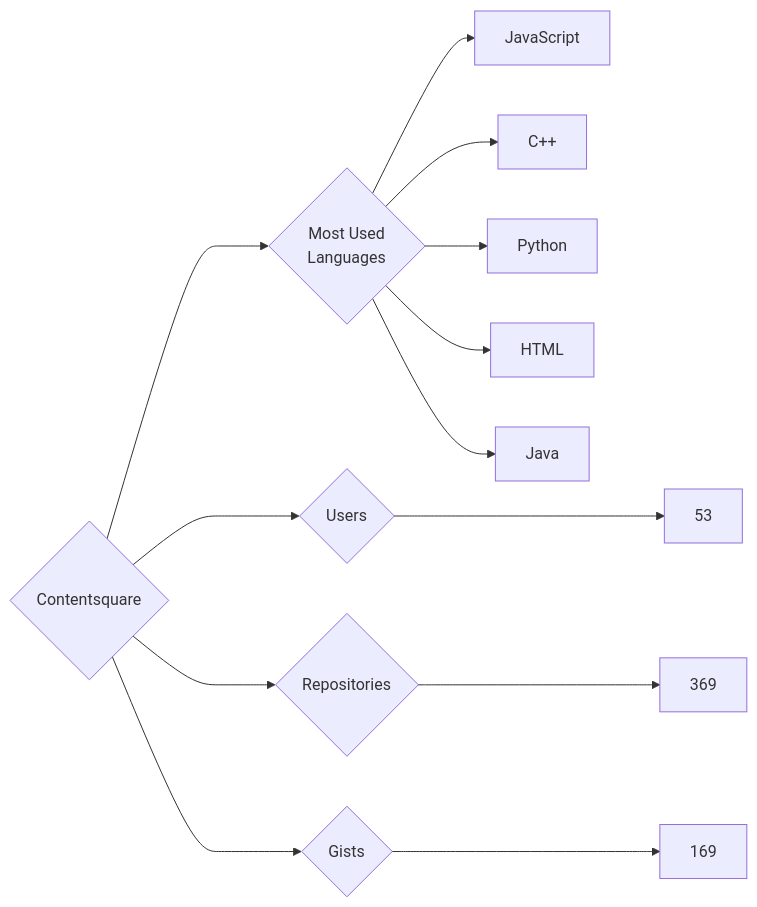
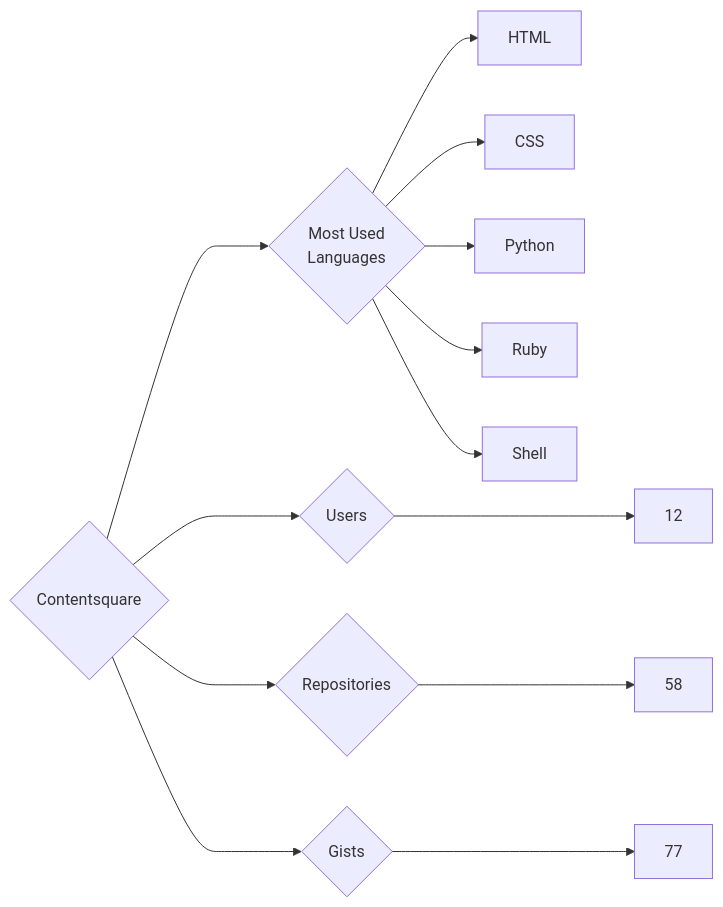
Before and after one commit to trickest/insiders: the diagram in targets/Contentsquare/README.md, drawn with Mermaid. The commit also changed 559 other files, not shown here.

````diff
--- a/targets/Contentsquare/README.md
+++ b/targets/Contentsquare/README.md
@@ -3,13 +3,13 @@
 ```mermaid
 graph LR
 COMPANY_NAME{Contentsquare}
-COMPANY_NAME ---> U{Users} ---> UN[53]
-COMPANY_NAME ---> R{Repositories} ---> RN[369]
-COMPANY_NAME ---> G{Gists} ---> GN[169]
+COMPANY_NAME ---> U{Users} ---> UN[12]
+COMPANY_NAME ---> R{Repositories} ---> RN[58]
+COMPANY_NAME ---> G{Gists} ---> GN[77]
 COMPANY_NAME ---> ML{Most Used<br>Languages}
-ML --> JavaScript[JavaScript]
-ML --> C++[C++]
+ML --> HTML[HTML]
+ML --> CSS[CSS]
 ML --> Python[Python]
-ML --> HTML[HTML]
-ML --> Java[Java]
+ML --> Ruby[Ruby]
+ML --> Shell[Shell]
 ```
````
